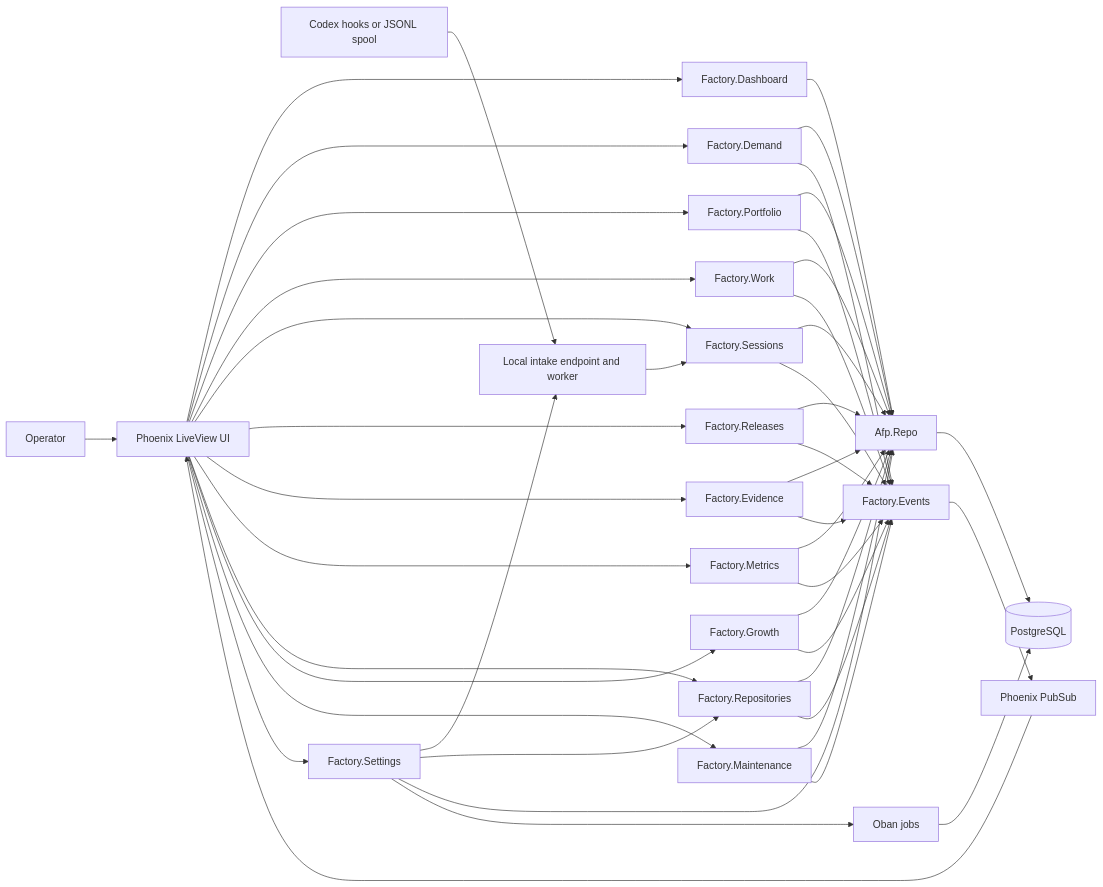
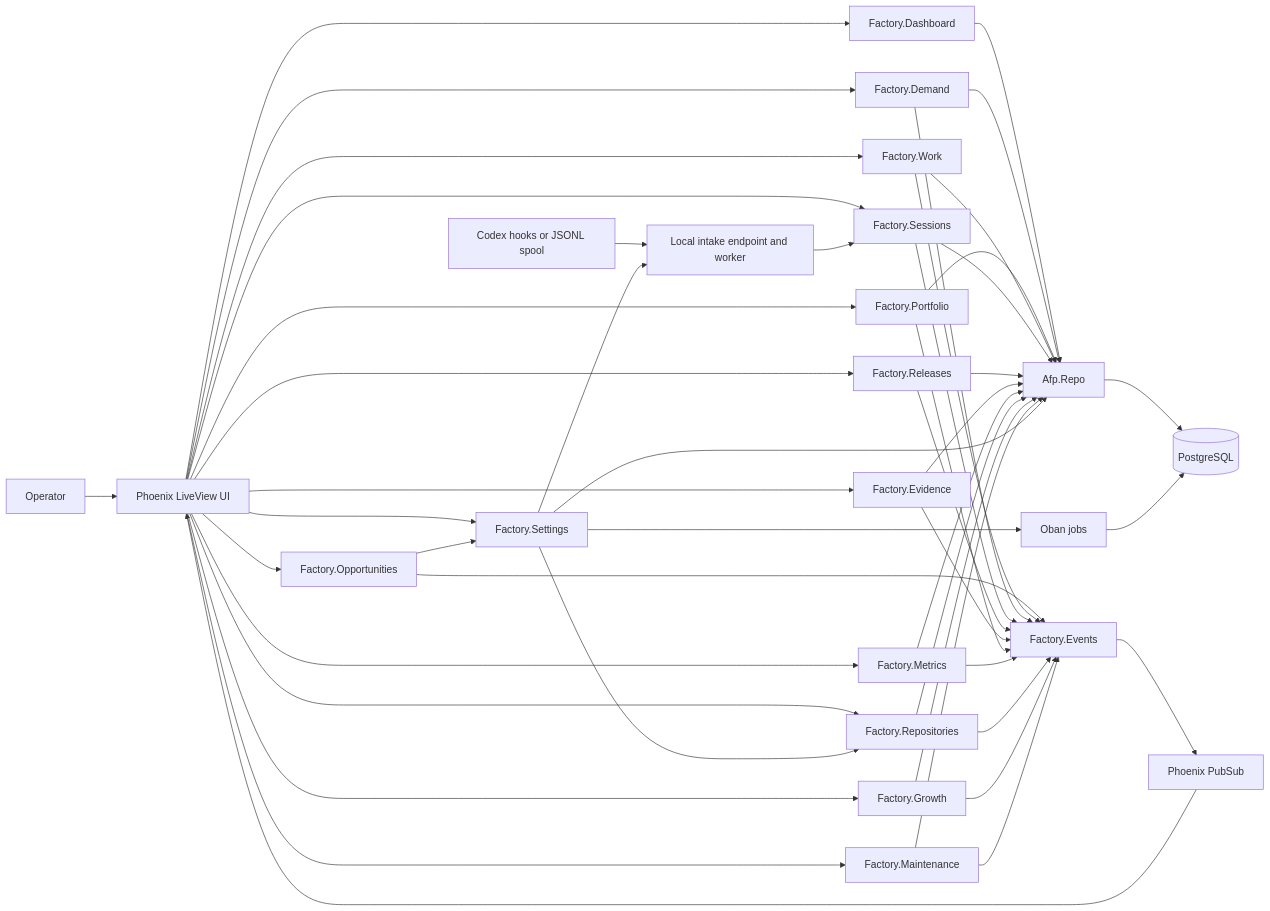
Before and after one commit to iiiyu/afp: the second of 3 diagrams in README.md, drawn with Mermaid. The commit also changed other lines of this file and 13 other files, not shown here.

````diff
--- a/README.md
+++ b/README.md
@@ -110,53 +114,56 @@
 ```mermaid
 flowchart LR
     Operator["Operator"] --> UI["Phoenix LiveView UI"]
     Codex["Codex hooks or JSONL spool"] --> Intake["Local intake endpoint and worker"]
 
     UI --> Dashboard["Factory.Dashboard"]
+    UI --> Opportunities["Factory.Opportunities"]
     UI --> Demand["Factory.Demand"]
     UI --> Portfolio["Factory.Portfolio"]
     UI --> Work["Factory.Work"]
     UI --> Sessions["Factory.Sessions"]
     UI --> Releases["Factory.Releases"]
     UI --> Evidence["Factory.Evidence"]
     UI --> Metrics["Factory.Metrics"]
     UI --> Repositories["Factory.Repositories"]
     UI --> Growth["Factory.Growth"]
     UI --> Maintenance["Factory.Maintenance"]
     UI --> Settings["Factory.Settings"]
 
     Intake --> Sessions
     Settings --> Intake
     Settings --> Repositories
 
     Dashboard --> Repo["Afp.Repo"]
+    Opportunities --> Settings
+    Opportunities --> Events
     Demand --> Repo
     Portfolio --> Repo
     Work --> Repo
     Sessions --> Repo
     Releases --> Repo
     Evidence --> Repo
     Metrics --> Repo
     Repositories --> Repo
     Growth --> Repo
     Maintenance --> Repo
     Settings --> Repo
 
     Work --> Events["Factory.Events"]
     Demand --> Events
     Sessions --> Events
     Releases --> Events
     Evidence --> Events
     Portfolio --> Events
     Metrics --> Events
     Repositories --> Events
     Growth --> Events
     Maintenance --> Events
 
     Events --> PubSub["Phoenix PubSub"]
     PubSub --> UI
 
     Repo --> DB[("PostgreSQL")]
     Settings --> Oban["Oban jobs"]
     Oban --> DB
 ```
````
